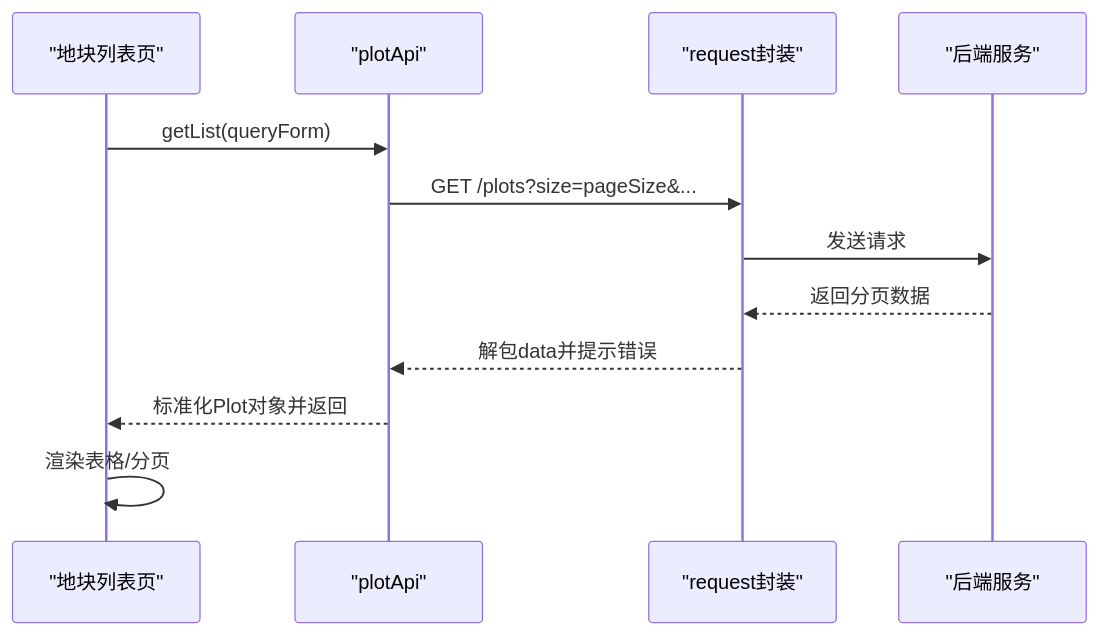
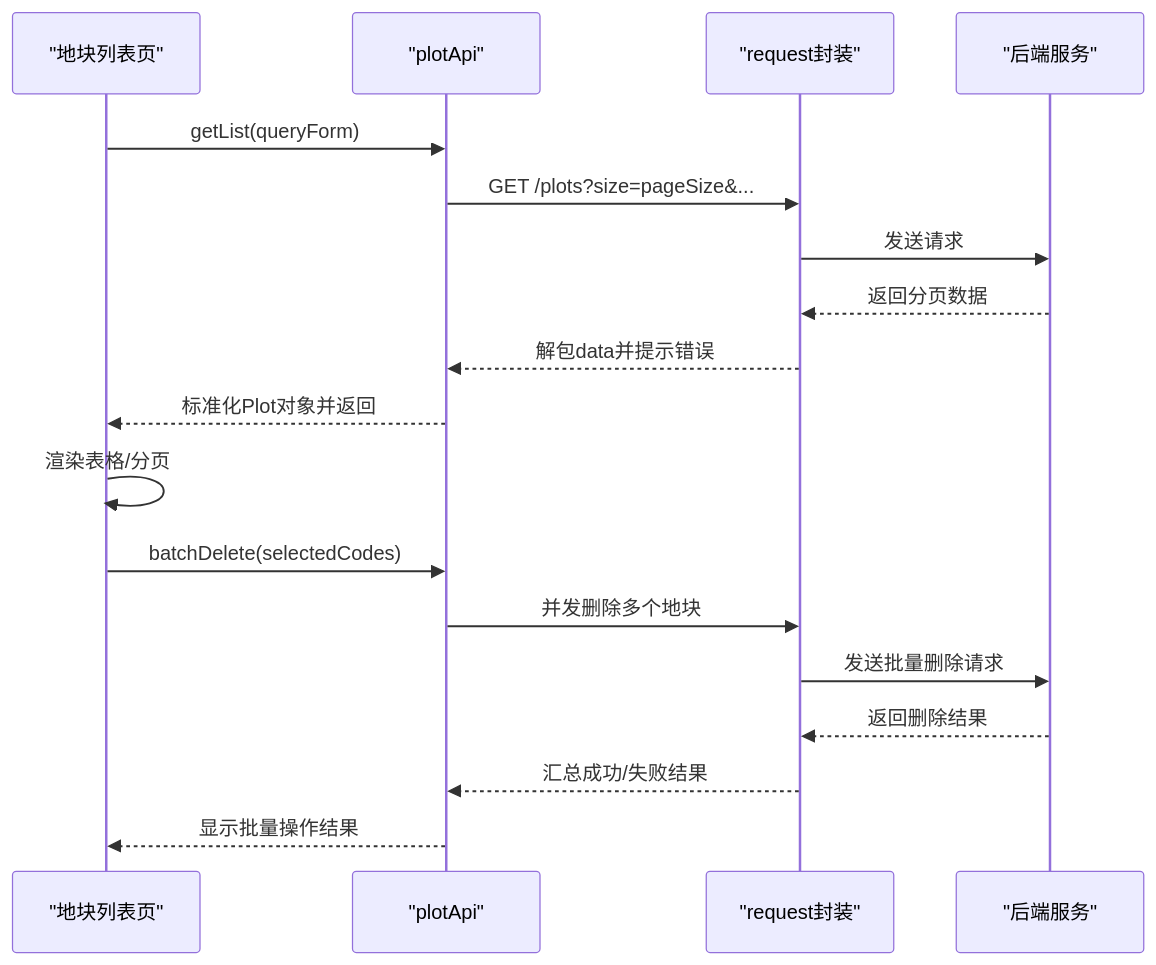
One commit to q446328246/agri-platform changed the sixth of 8 diagrams in .qoder/repowiki/zh/content/前端应用文档/前端应用文档.md. Above: the diagram before and after it, drawn with Mermaid. The commit also changed other lines of this file and 52 other files, not shown here.

````diff
--- a/.qoder/repowiki/zh/content/前端应用文档/前端应用文档.md
+++ b/.qoder/repowiki/zh/content/前端应用文档/前端应用文档.md
@@ -384,14 +344,20 @@
 ```mermaid
 sequenceDiagram
 participant View as "地块列表页"
 participant API as "plotApi"
 participant HTTP as "request封装"
 participant Server as "后端服务"
 View->>API : getList(queryForm)
 API->>HTTP : GET /plots?size=pageSize&...
 HTTP->>Server : 发送请求
 Server-->>HTTP : 返回分页数据
 HTTP-->>API : 解包data并提示错误
 API-->>View : 标准化Plot对象并返回
 View->>View : 渲染表格/分页
+View->>API : batchDelete(selectedCodes)
+API->>HTTP : 并发删除多个地块
+HTTP->>Server : 发送批量删除请求
+Server-->>HTTP : 返回删除结果
+HTTP-->>API : 汇总成功/失败结果
+API-->>View : 显示批量操作结果
 ```
````
